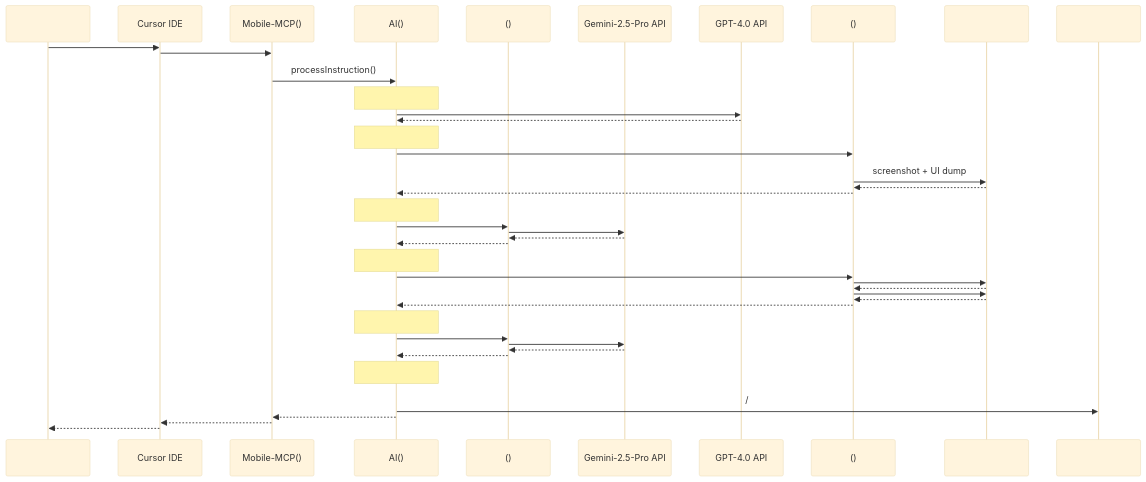
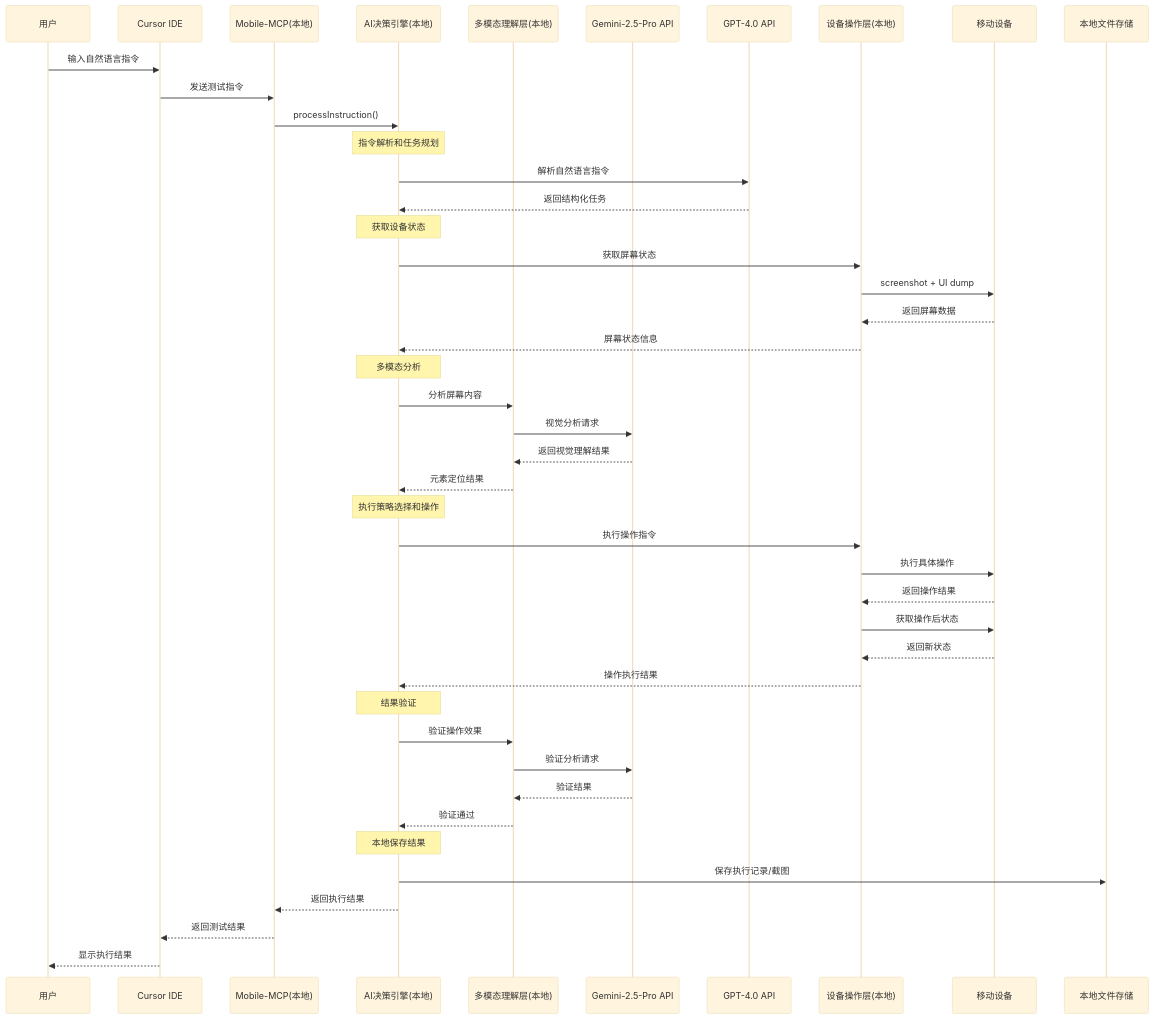
Before and after one commit to zhuozp/AI-UI-: diagram 12 of 32 in 3.md, drawn with Mermaid (base theme). The commit also changed other lines of this file, not shown here.

````diff
--- a/3.md
+++ b/3.md
@@ -1597,54 +1598,54 @@
 ```mermaid
 sequenceDiagram
-participant User as 
-participant Cursor as Cursor IDE
-participant MCP as Mobile-MCP()
-participant AIEngine as AI()
-participant Multimodal as ()
-participant GeminiAPI as Gemini-2.5-Pro API
-participant GPTAPI as GPT-4.0 API
-participant DeviceOp as ()
-participant Device as 
-participant LocalFiles as 
-
-User->>Cursor: 
-Cursor->>MCP: 
-MCP->>AIEngine: processInstruction()
-
-Note over AIEngine: 
-AIEngine->>GPTAPI: 
-GPTAPI-->>AIEngine: 
-
-Note over AIEngine: 
-AIEngine->>DeviceOp: 
-DeviceOp->>Device: screenshot + UI dump
-Device-->>DeviceOp: 
-DeviceOp-->>AIEngine: 
-
-Note over AIEngine: 
-AIEngine->>Multimodal: 
-Multimodal->>GeminiAPI: 
-GeminiAPI-->>Multimodal: 
-Multimodal-->>AIEngine: 
-
-Note over AIEngine: 
-AIEngine->>DeviceOp: 
-DeviceOp->>Device: 
-Device-->>DeviceOp: 
-
-DeviceOp->>Device: 
-Device-->>DeviceOp: 
-DeviceOp-->>AIEngine: 
-
-Note over AIEngine: 
-AIEngine->>Multimodal: 
-Multimodal->>GeminiAPI: 
-GeminiAPI-->>Multimodal: 
-Multimodal-->>AIEngine: 
-
-Note over AIEngine: 
-AIEngine->>LocalFiles: /
-AIEngine-->>MCP: 
-MCP-->>Cursor: 
-Cursor-->>User: 
+    participant User as 用户
+    participant Cursor as Cursor IDE
+    participant MCP as Mobile-MCP(本地)
+    participant AIEngine as AI决策引擎(本地)
+    participant Multimodal as 多模态理解层(本地)
+    participant GeminiAPI as Gemini-2.5-Pro API
+    participant GPTAPI as GPT-4.0 API
+    participant DeviceOp as 设备操作层(本地)
+    participant Device as 移动设备
+    participant LocalFiles as 本地文件存储
+    
+    User->>Cursor: 输入自然语言指令
+    Cursor->>MCP: 发送测试指令
+    MCP->>AIEngine: processInstruction()
+    
+    Note over AIEngine: 指令解析和任务规划
+    AIEngine->>GPTAPI: 解析自然语言指令
+    GPTAPI-->>AIEngine: 返回结构化任务
+    
+    Note over AIEngine: 获取设备状态
+    AIEngine->>DeviceOp: 获取屏幕状态
+    DeviceOp->>Device: screenshot + UI dump
+    Device-->>DeviceOp: 返回屏幕数据
+    DeviceOp-->>AIEngine: 屏幕状态信息
+    
+    Note over AIEngine: 多模态分析
+    AIEngine->>Multimodal: 分析屏幕内容
+    Multimodal->>GeminiAPI: 视觉分析请求
+    GeminiAPI-->>Multimodal: 返回视觉理解结果
+    Multimodal-->>AIEngine: 元素定位结果
+    
+    Note over AIEngine: 执行策略选择和操作
+    AIEngine->>DeviceOp: 执行操作指令
+    DeviceOp->>Device: 执行具体操作
+    Device-->>DeviceOp: 返回操作结果
+    
+    DeviceOp->>Device: 获取操作后状态
+    Device-->>DeviceOp: 返回新状态
+    DeviceOp-->>AIEngine: 操作执行结果
+    
+    Note over AIEngine: 结果验证
+    AIEngine->>Multimodal: 验证操作效果
+    Multimodal->>GeminiAPI: 验证分析请求
+    GeminiAPI-->>Multimodal: 验证结果
+    Multimodal-->>AIEngine: 验证通过
+    
+    Note over AIEngine: 本地保存结果
+    AIEngine->>LocalFiles: 保存执行记录/截图
+    AIEngine-->>MCP: 返回执行结果
+    MCP-->>Cursor: 返回测试结果
+    Cursor-->>User: 显示执行结果
 ```
````
